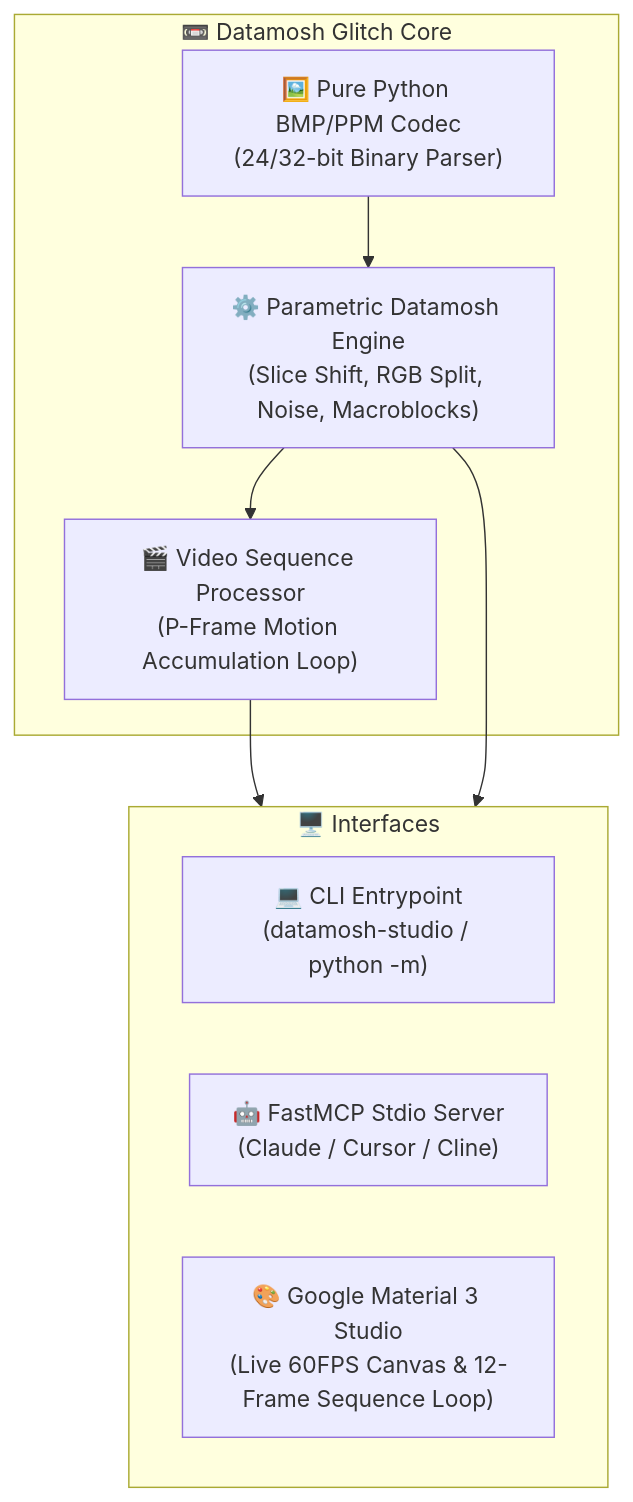
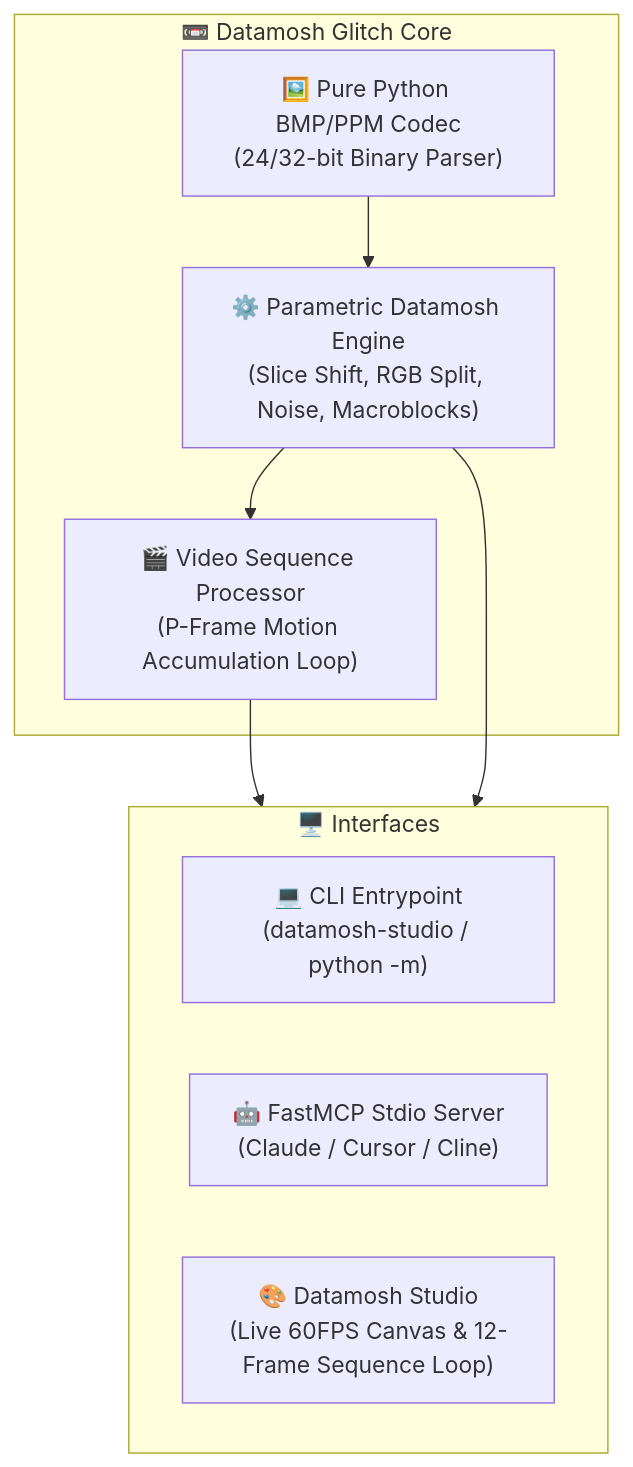
Before and after one commit to 1nc0gn30/datamosh-glitch-studio: the diagram in README.md, drawn with Mermaid. The commit also changed other lines of this file and 4 other files, not shown here.

Commit message:
rebrand(datamosh-glitch-studio): update branding to Datamosh Studio with Material 3 design influence

````diff
--- a/README.md
+++ b/README.md
@@ -130,19 +130,19 @@
 ```mermaid
 flowchart TD
     subgraph Core["📼 Datamosh Glitch Core"]
         Codec["🖼️ Pure Python BMP/PPM Codec\n(24/32-bit Binary Parser)"]
         Engine["⚙️ Parametric Datamosh Engine\n(Slice Shift, RGB Split, Noise, Macroblocks)"]
         Seq["🎬 Video Sequence Processor\n(P-Frame Motion Accumulation Loop)"]
     end
 
     subgraph Interfaces["🖥️ Interfaces"]
         CLI["💻 CLI Entrypoint\n(datamosh-studio / python -m)"]
         MCP["🤖 FastMCP Stdio Server\n(Claude / Cursor / Cline)"]
-        UI["🎨 Google Material 3 Studio\n(Live 60FPS Canvas & 12-Frame Sequence Loop)"]
+        UI["🎨 Datamosh Studio\n(Live 60FPS Canvas & 12-Frame Sequence Loop)"]
     end
 
     Codec --> Engine
     Engine --> Seq
     Seq --> Interfaces
     Engine --> Interfaces
 ```
````
